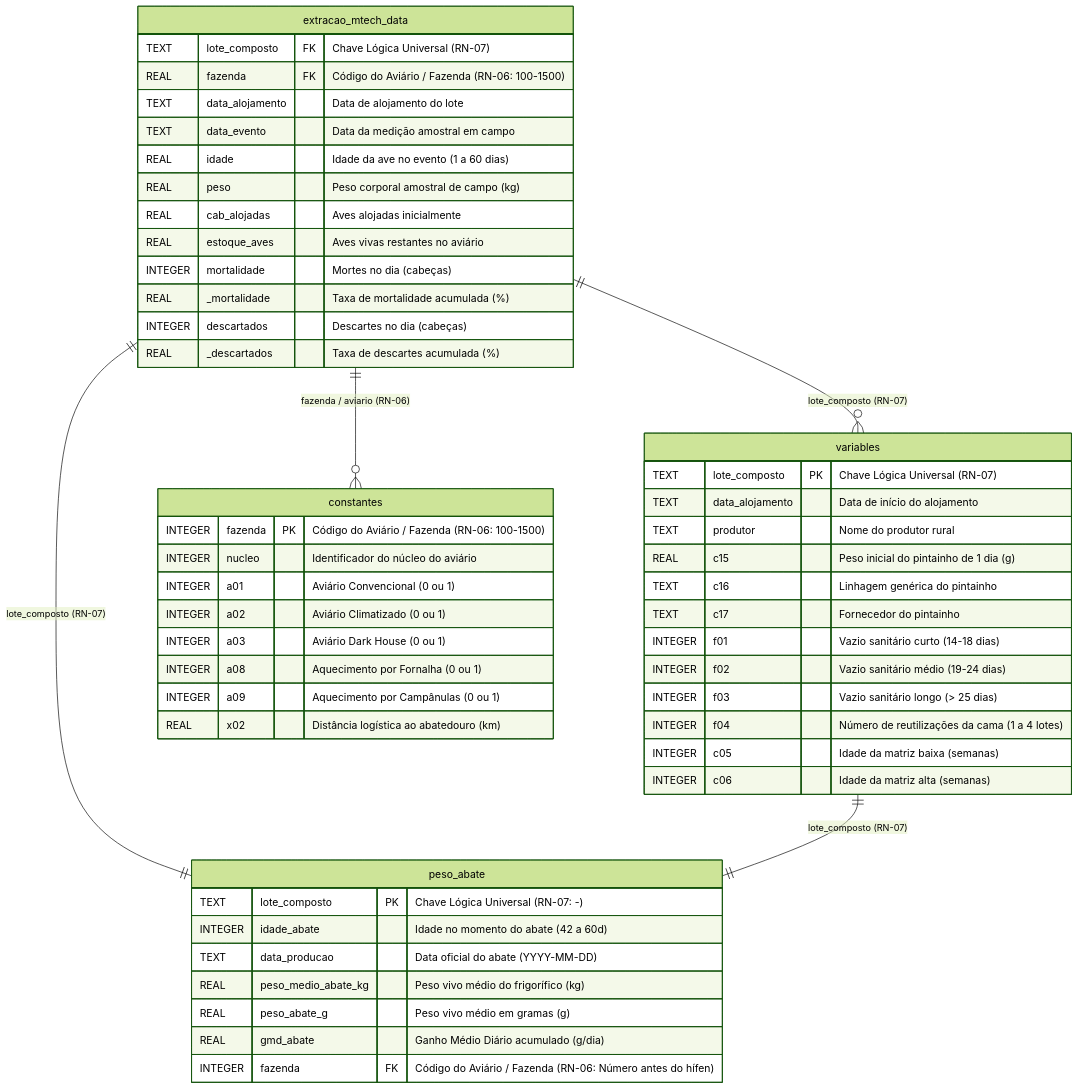
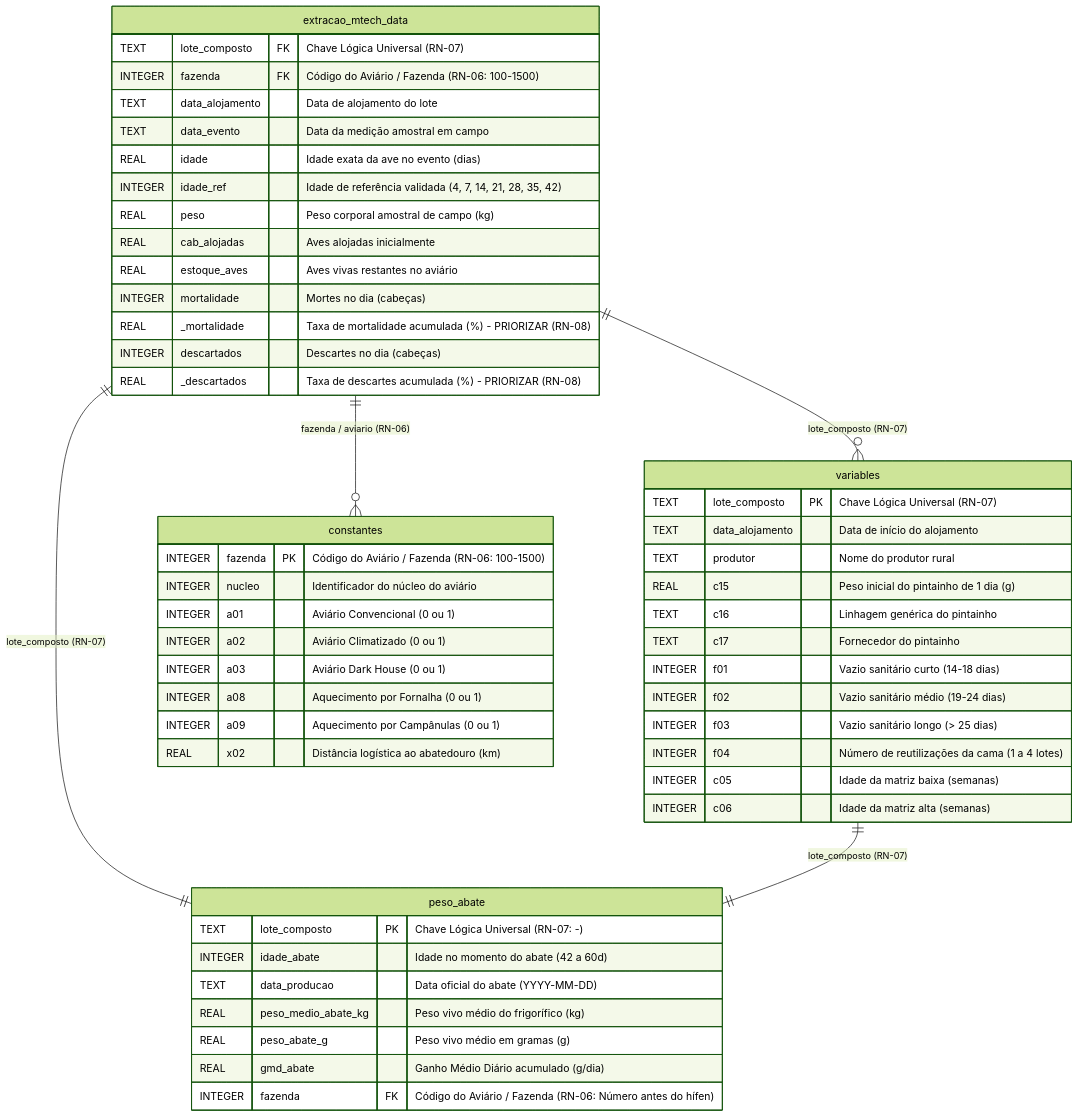
The diagram in docs/modelo_entidade_relacionamento.md (brunocorisco86/predicao_peso_mortalidade), drawn with Mermaid (forest theme) before and after one commit. The commit also changed other lines of this file and 3 other files, not shown here.

````diff
--- a/docs/modelo_entidade_relacionamento.md
+++ b/docs/modelo_entidade_relacionamento.md
@@ -18,58 +18,59 @@
 ```mermaid
 erDiagram
     extracao_mtech_data ||--o{ variables : "lote_composto (RN-07)"
     extracao_mtech_data ||--o{ constantes : "fazenda / aviario (RN-06)"
     extracao_mtech_data ||--|| peso_abate : "lote_composto (RN-07)"
     variables ||--|| peso_abate : "lote_composto (RN-07)"
 
     peso_abate {
         TEXT lote_composto PK "Chave Lógica Universal (RN-07: <aviario>-<lote>)"
         INTEGER idade_abate "Idade no momento do abate (42 a 60d)"
         TEXT data_producao "Data oficial do abate (YYYY-MM-DD)"
         REAL peso_medio_abate_kg "Peso vivo médio do frigorífico (kg)"
         REAL peso_abate_g "Peso vivo médio em gramas (g)"
         REAL gmd_abate "Ganho Médio Diário acumulado (g/dia)"
         INTEGER fazenda FK "Código do Aviário / Fazenda (RN-06: Número antes do hífen)"
     }
 
     variables {
         TEXT lote_composto PK "Chave Lógica Universal (RN-07)"
         TEXT data_alojamento "Data de início do alojamento"
         TEXT produtor "Nome do produtor rural"
         REAL c15 "Peso inicial do pintainho de 1 dia (g)"
         TEXT c16 "Linhagem genérica do pintainho"
         TEXT c17 "Fornecedor do pintainho"
         INTEGER f01 "Vazio sanitário curto (14-18 dias)"
         INTEGER f02 "Vazio sanitário médio (19-24 dias)"
         INTEGER f03 "Vazio sanitário longo (> 25 dias)"
         INTEGER f04 "Número de reutilizações da cama (1 a 4 lotes)"
         INTEGER c05 "Idade da matriz baixa (semanas)"
         INTEGER c06 "Idade da matriz alta (semanas)"
     }
 
     constantes {
         INTEGER fazenda PK "Código do Aviário / Fazenda (RN-06: 100-1500)"
         INTEGER nucleo "Identificador do núcleo do aviário"
         INTEGER a01 "Aviário Convencional (0 ou 1)"
         INTEGER a02 "Aviário Climatizado (0 ou 1)"
         INTEGER a03 "Aviário Dark House (0 ou 1)"
         INTEGER a08 "Aquecimento por Fornalha (0 ou 1)"
         INTEGER a09 "Aquecimento por Campânulas (0 ou 1)"
         REAL x02 "Distância logística ao abatedouro (km)"
     }
 
     extracao_mtech_data {
         TEXT lote_composto FK "Chave Lógica Universal (RN-07)"
-        REAL fazenda FK "Código do Aviário / Fazenda (RN-06: 100-1500)"
+        INTEGER fazenda FK "Código do Aviário / Fazenda (RN-06: 100-1500)"
         TEXT data_alojamento "Data de alojamento do lote"
         TEXT data_evento "Data da medição amostral em campo"
-        REAL idade "Idade da ave no evento (1 a 60 dias)"
+        REAL idade "Idade exata da ave no evento (dias)"
+        INTEGER idade_ref "Idade de referência validada (4, 7, 14, 21, 28, 35, 42)"
         REAL peso "Peso corporal amostral de campo (kg)"
         REAL cab_alojadas "Aves alojadas inicialmente"
         REAL estoque_aves "Aves vivas restantes no aviário"
         INTEGER mortalidade "Mortes no dia (cabeças)"
-        REAL _mortalidade "Taxa de mortalidade acumulada (%)"
+        REAL _mortalidade "Taxa de mortalidade acumulada (%) - PRIORIZAR (RN-08)"
         INTEGER descartados "Descartes no dia (cabeças)"
-        REAL _descartados "Taxa de descartes acumulada (%)"
+        REAL _descartados "Taxa de descartes acumulada (%) - PRIORIZAR (RN-08)"
     }
 ```
````
